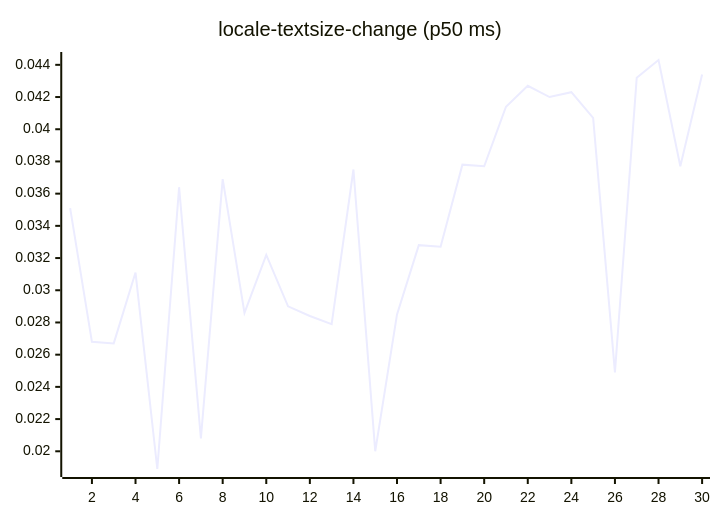
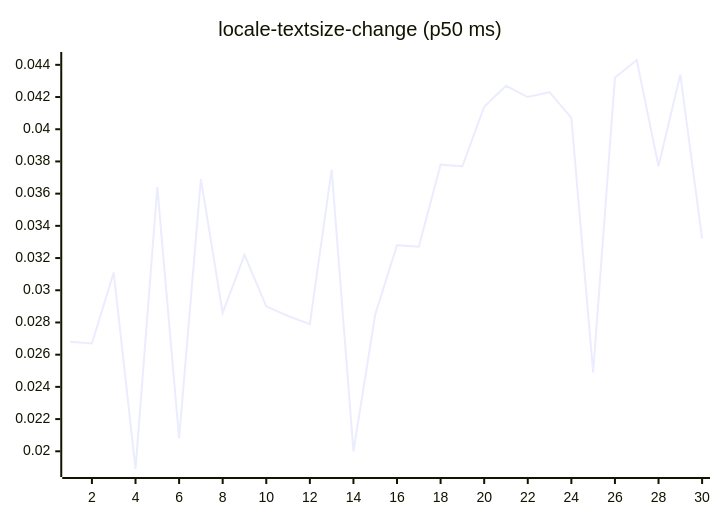
Diagram 13 of 27 in README.md (josha/Facet), drawn with Mermaid before and after one commit. The commit also changed other lines of this file and 2 other files, not shown here.

````diff
--- a/README.md
+++ b/README.md
@@ -147,6 +147,6 @@
 ```mermaid
 xychart-beta
     title "locale-textsize-change (p50 ms)"
     x-axis 1 --> 30
-    line [0.0351, 0.0268, 0.0267, 0.0311, 0.0189, 0.0364, 0.0208, 0.0369, 0.0286, 0.0322, 0.0290, 0.0284, 0.0279, 0.0375, 0.0200, 0.0285, 0.0328, 0.0327, 0.0378, 0.0377, 0.0414, 0.0427, 0.0420, 0.0423, 0.0407, 0.0249, 0.0432, 0.0443, 0.0377, 0.0434]
+    line [0.0268, 0.0267, 0.0311, 0.0189, 0.0364, 0.0208, 0.0369, 0.0286, 0.0322, 0.0290, 0.0284, 0.0279, 0.0375, 0.0200, 0.0285, 0.0328, 0.0327, 0.0378, 0.0377, 0.0414, 0.0427, 0.0420, 0.0423, 0.0407, 0.0249, 0.0432, 0.0443, 0.0377, 0.0434, 0.0332]
 ```
````
